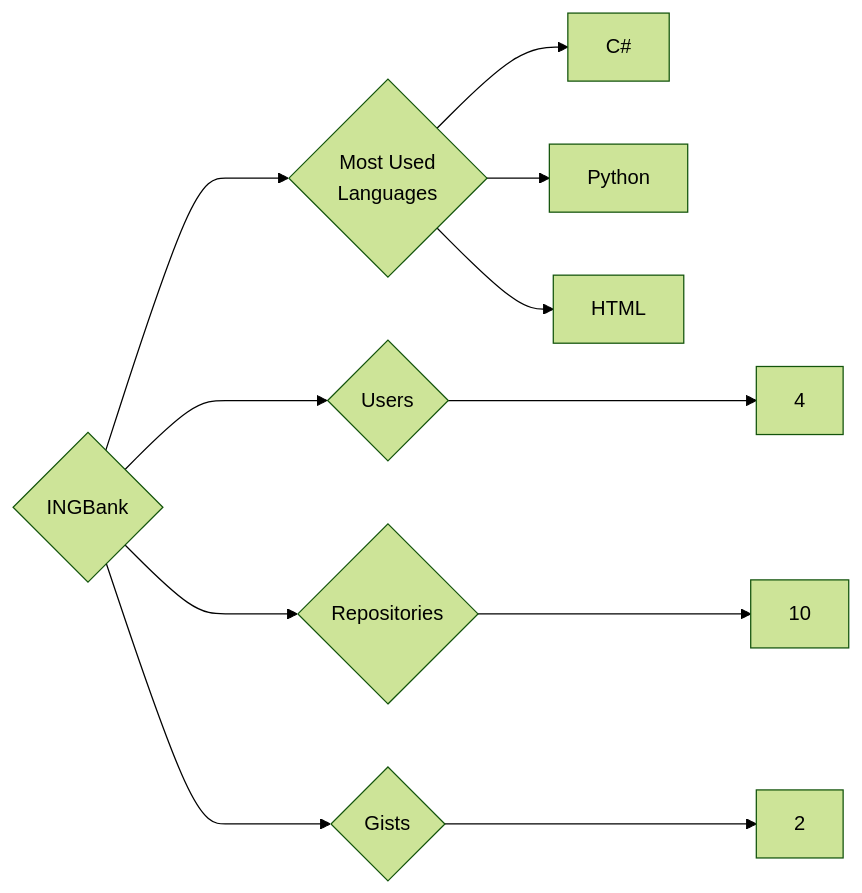
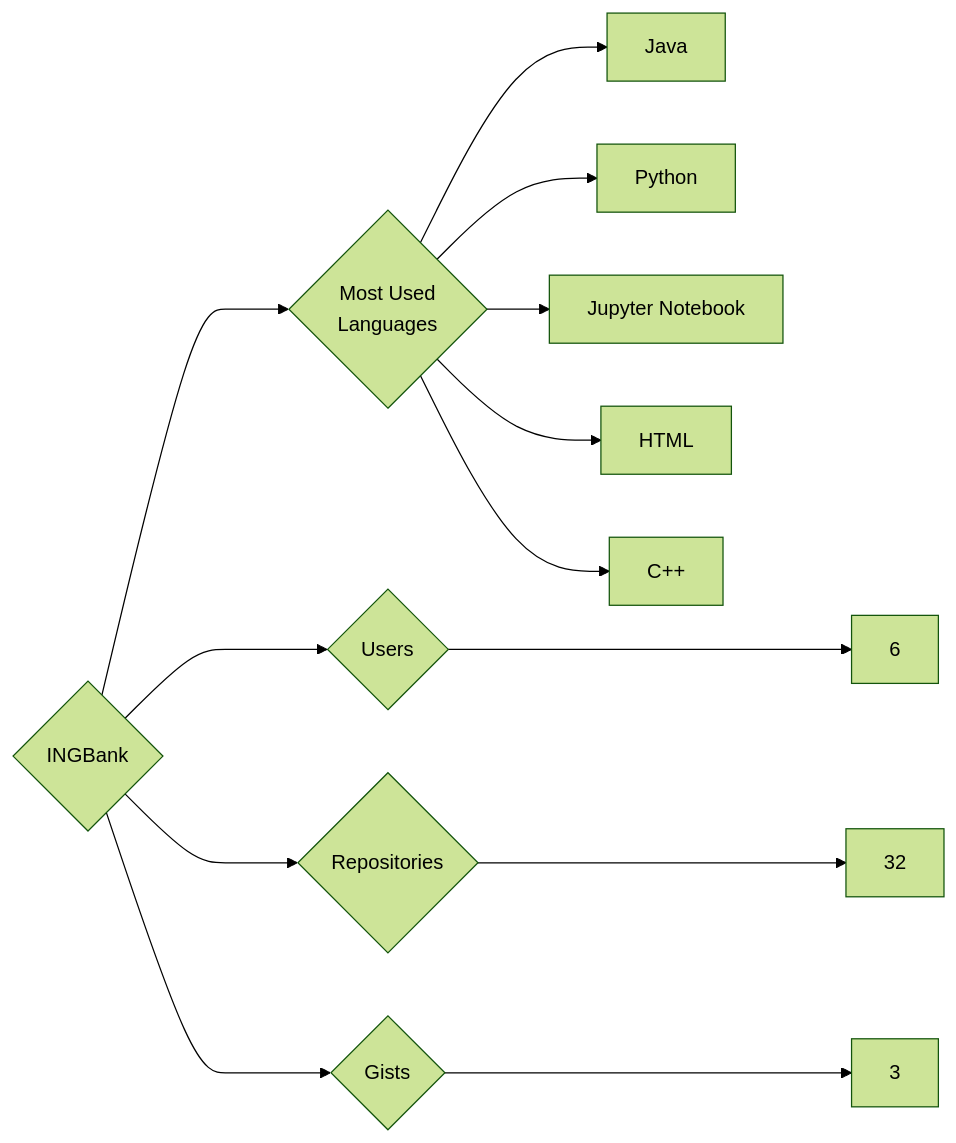
One commit to trickest/insiders changed the diagram in targets/INGBank/README.md. Above: the diagram before and after it, drawn with Mermaid (forest theme). The commit also changed 1167 other files, not shown here.

````diff
--- a/targets/INGBank/README.md
+++ b/targets/INGBank/README.md
@@ -3,11 +3,13 @@
 ```mermaid
 graph LR
 COMPANY_NAME{INGBank}
-COMPANY_NAME ---> U{Users} ---> UN[4]
-COMPANY_NAME ---> R{Repositories} ---> RN[10]
-COMPANY_NAME ---> G{Gists} ---> GN[2]
+COMPANY_NAME ---> U{Users} ---> UN[6]
+COMPANY_NAME ---> R{Repositories} ---> RN[32]
+COMPANY_NAME ---> G{Gists} ---> GN[3]
 COMPANY_NAME ---> ML{Most Used<br>Languages}
-ML --> C#[C#]
+ML --> Java[Java]
 ML --> Python[Python]
+ML --> Jupyter_Notebook[Jupyter Notebook]
 ML --> HTML[HTML]
+ML --> C++[C++]
 ```
````
